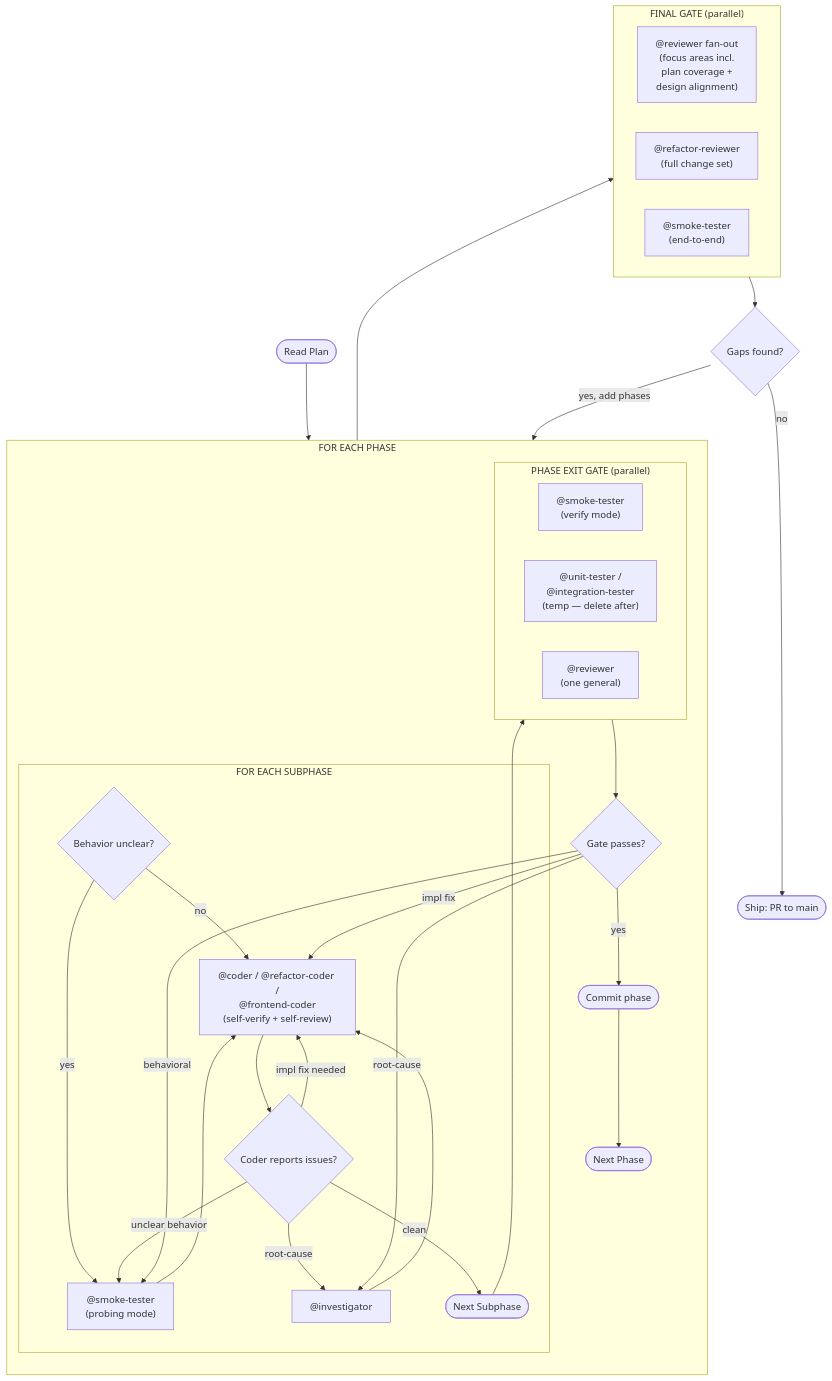
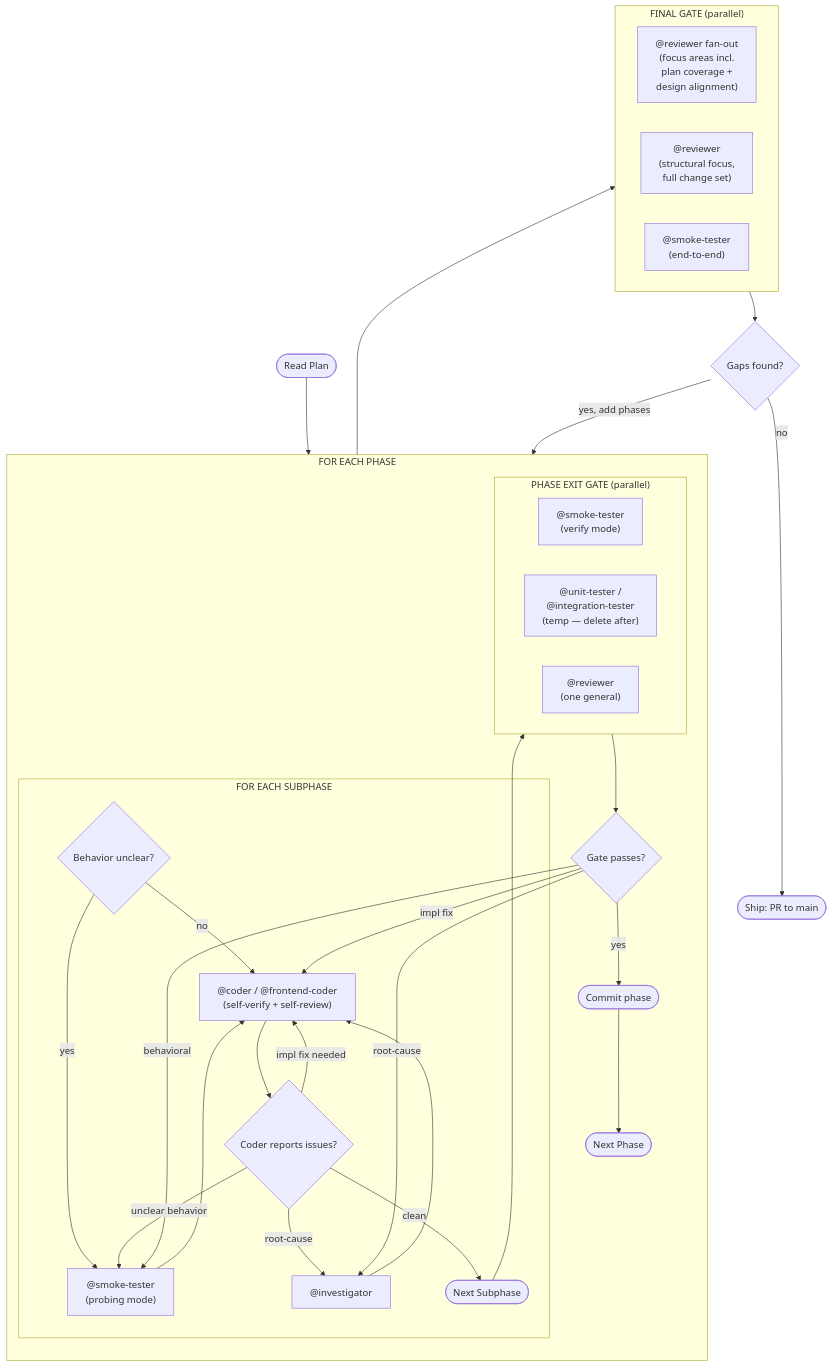
The diagram in skills/planning/resources/execution-model.md (haowjy/meridian-dev-workflow), drawn with Mermaid before and after one commit. The commit also changed 54 other files, not shown here.

````diff
--- a/skills/planning/resources/execution-model.md
+++ b/skills/planning/resources/execution-model.md
@@ -5,50 +5,50 @@
 ```mermaid
 flowchart TB
     START([Read Plan]) --> PHASE
 
     subgraph PHASE["FOR EACH PHASE"]
         direction TB
 
         subgraph SUBPHASE["FOR EACH SUBPHASE"]
             PROBE{"Behavior unclear?"}
             PROBE -->|yes| SM["@smoke-tester<br/>(probing mode)"]
             SM --> IMPL
             PROBE -->|no| IMPL
-            IMPL["@coder / @refactor-coder /<br/>@frontend-coder<br/>(self-verify + self-review)"]
+            IMPL["@coder / @frontend-coder<br/>(self-verify + self-review)"]
             IMPL --> ROUTE{"Coder reports issues?"}
             ROUTE -->|impl fix needed| IMPL
             ROUTE -->|unclear behavior| SM
             ROUTE -->|root-cause| INV["@investigator"]
             INV --> IMPL
             ROUTE -->|clean| NEXT_SUB([Next Subphase])
         end
 
         NEXT_SUB --> GATE
 
         subgraph GATE["PHASE EXIT GATE (parallel)"]
             direction LR
             ST["@smoke-tester<br/>(verify mode)"]
             UT["@unit-tester /<br/>@integration-tester<br/>(temp — delete after)"]
             RV["@reviewer<br/>(one general)"]
         end
 
         GATE --> PASS{"Gate passes?"}
         PASS -->|impl fix| IMPL
         PASS -->|behavioral| SM
         PASS -->|root-cause| INV
         PASS -->|yes| COMMIT([Commit phase])
         COMMIT --> NEXT_PHASE([Next Phase])
     end
 
     NEXT_PHASE --> FINAL
 
     subgraph FINAL["FINAL GATE (parallel)"]
         FRV["@reviewer fan-out<br/>(focus areas incl.<br/>plan coverage +<br/>design alignment)"]
-        FRFR["@refactor-reviewer<br/>(full change set)"]
+        FRFR["@reviewer<br/>(structural focus,<br/>full change set)"]
         FST["@smoke-tester<br/>(end-to-end)"]
     end
 
     FINAL --> GAPS{"Gaps found?"}
     GAPS -->|yes, add phases| PHASE
     GAPS -->|no| DONE([Ship: PR to main])
 ```
````
